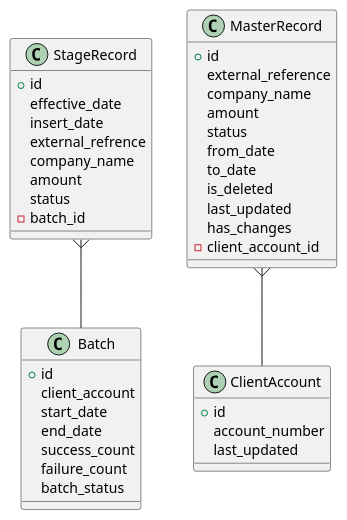
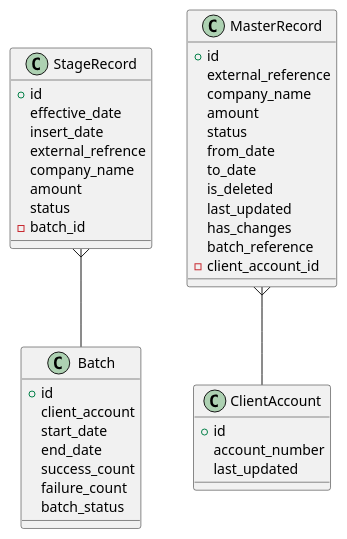
One commit to mariusvrstr/Python-SCD-ETL changed the diagram in docs/database_design.puml. Above: the diagram before and after it, drawn with PlantUML.

Commit message:
Added meta data

```diff
--- a/docs/database_design.puml
+++ b/docs/database_design.puml
@@ -1,47 +1,48 @@
 @startuml ERD Design
 
 class StageRecord {
     +id
     effective_date
     insert_date
     external_refrence
     company_name
     amount
     status
     -batch_id
 }
 
 class Batch {
     +id
     client_account
     start_date
     end_date
     success_count
     failure_count
     batch_status
 }
 
 class MasterRecord {
     +id
     external_reference
     company_name
     amount
     status
     from_date
     to_date
     is_deleted
     last_updated
     has_changes
+    batch_reference
     -client_account_id
 }
 
 class ClientAccount {
     +id
     account_number
     last_updated
 }
 
 StageRecord }-- Batch
 MasterRecord }-- ClientAccount
 
 @enduml
```
